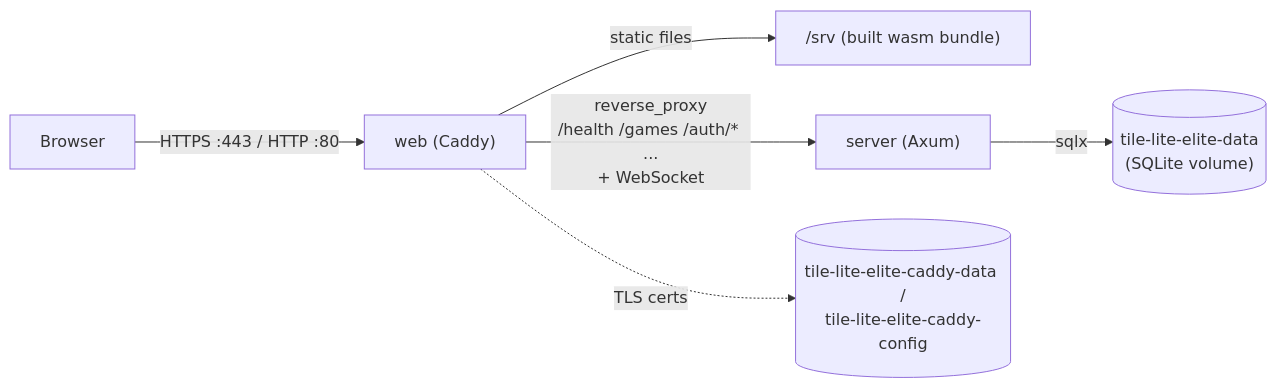
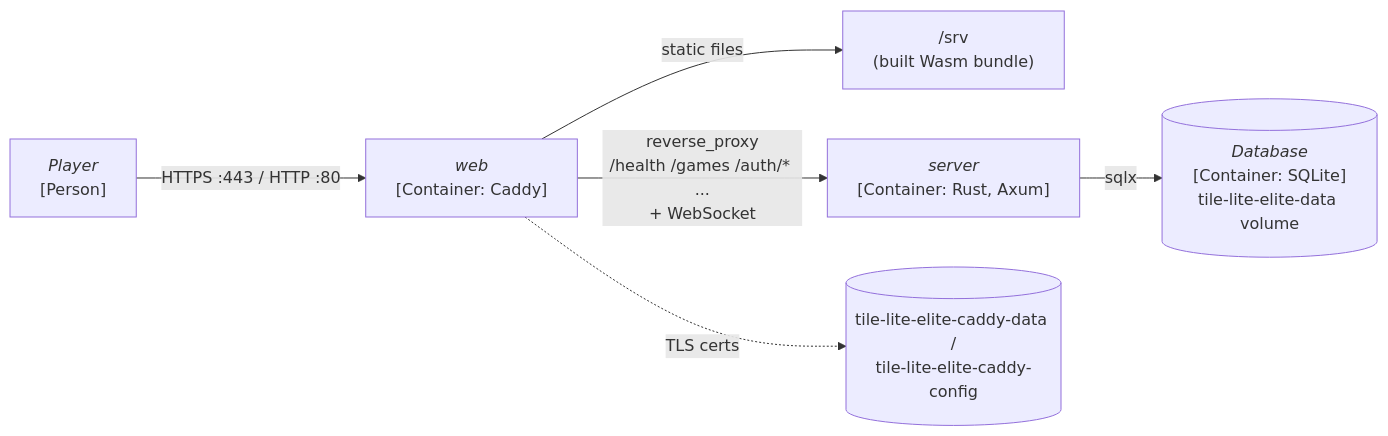
One commit to delphside/tile-lite-elite changed the diagram in docs/4.3.4-production-environment.md. Above: the diagram before and after it, drawn with Mermaid. The commit also changed other lines of this file and 35 other files, not shown here.

````diff
--- a/docs/4.3.4-production-environment.md
+++ b/docs/4.3.4-production-environment.md
@@ -113,8 +50,8 @@
 ```mermaid
 flowchart LR
-    Browser -- "HTTPS :443 / HTTP :80" --> Caddy["web (Caddy)"]
-    Caddy -- "static files" --> Assets["/srv (built wasm bundle)"]
-    Caddy -- "reverse_proxy\n/health /games /auth/* ...\n+ WebSocket" --> Server["server (Axum)"]
-    Server -- "sqlx" --> DB[("tile-lite-elite-data\n(SQLite volume)")]
+    Browser["<i>Player</i><br>[Person]"] -- "HTTPS :443 / HTTP :80" --> Caddy["<i>web</i><br>[Container: Caddy]"]
+    Caddy -- "static files" --> Assets["/srv<br>(built Wasm bundle)"]
+    Caddy -- "reverse_proxy\n/health /games /auth/* ...\n+ WebSocket" --> Server["<i>server</i><br>[Container: Rust, Axum]"]
+    Server -- "sqlx" --> DB[("<i>Database</i><br>[Container: SQLite]<br>tile-lite-elite-data volume")]
     Caddy -. "TLS certs" .-> CertVol[("tile-lite-elite-caddy-data /\ntile-lite-elite-caddy-config")]
 ```
````
